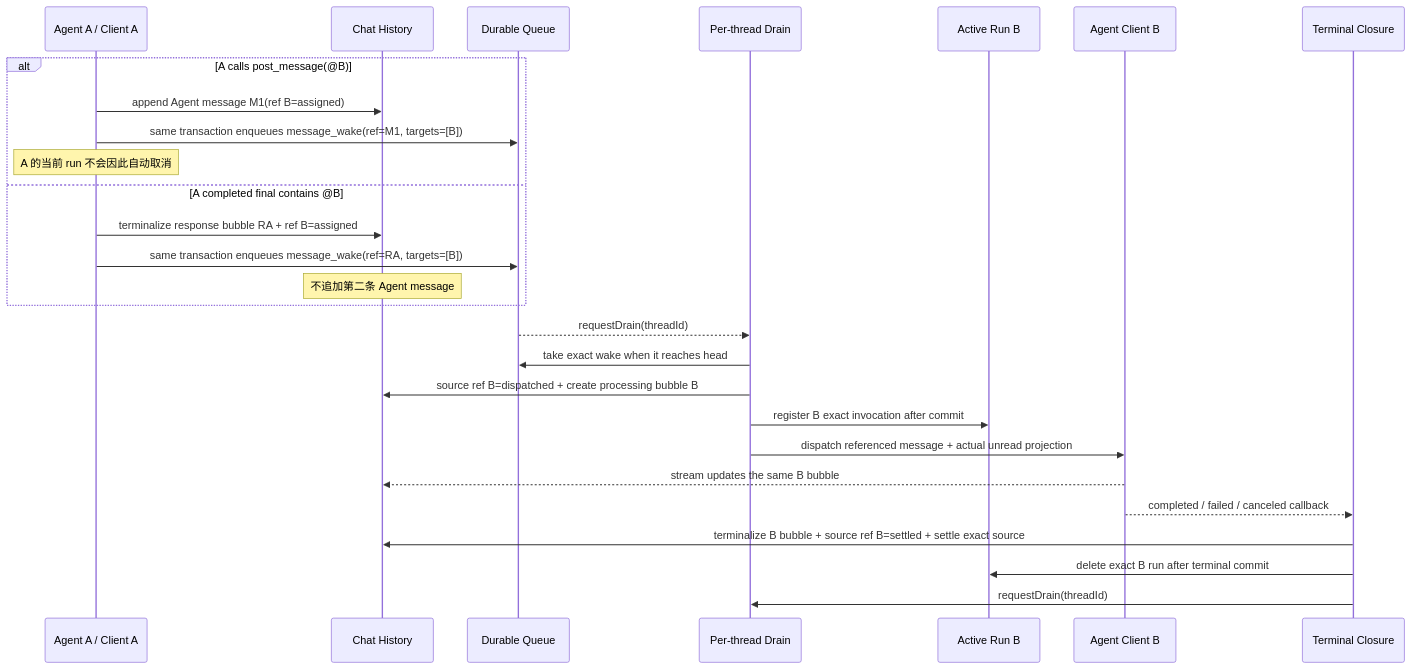
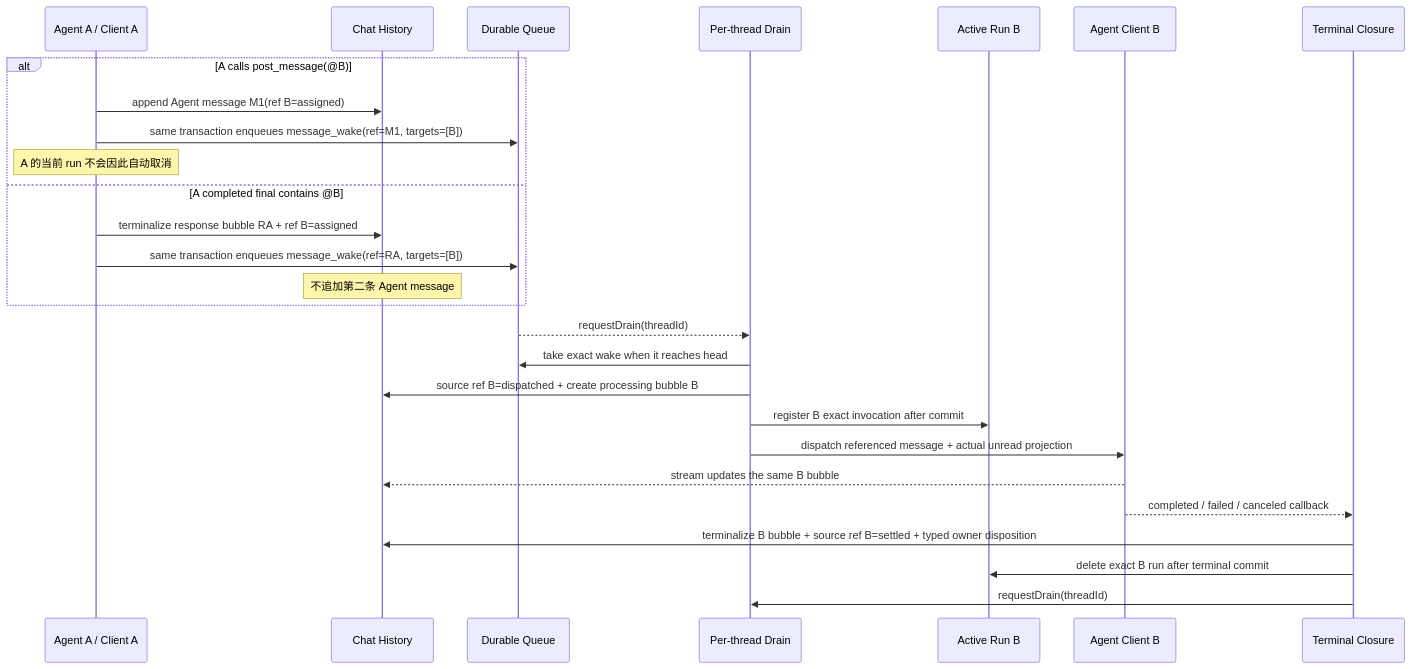
One commit to zts212653/clowder-ai changed the second of 8 diagrams in docs/architecture/message-delivery-handling-handoff-audit.md. Above: the diagram before and after it, drawn with Mermaid. The commit also changed other lines of this file, not shown here.

````diff
--- a/docs/architecture/message-delivery-handling-handoff-audit.md
+++ b/docs/architecture/message-delivery-handling-handoff-audit.md
@@ -124,30 +125,30 @@
 ```mermaid
 sequenceDiagram
     participant A as Agent A / Client A
     participant H as Chat History
     participant Q as Durable Queue
     participant D as Per-thread Drain
     participant R as Active Run B
     participant B as Agent Client B
     participant T as Terminal Closure
 
     alt A calls post_message(@B)
         A->>H: append Agent message M1(ref B=assigned)
         A->>Q: same transaction enqueues message_wake(ref=M1, targets=[B])
         Note over A: A 的当前 run 不会因此自动取消
     else A completed final contains @B
         A->>H: terminalize response bubble RA + ref B=assigned
         A->>Q: same transaction enqueues message_wake(ref=RA, targets=[B])
         Note over H: 不追加第二条 Agent message
     end
     Q-->>D: requestDrain(threadId)
     D->>Q: take exact wake when it reaches head
     D->>H: source ref B=dispatched + create processing bubble B
     D->>R: register B exact invocation after commit
     D->>B: dispatch referenced message + actual unread projection
     B-->>H: stream updates the same B bubble
     B-->>T: completed / failed / canceled callback
-    T->>H: terminalize B bubble + source ref B=settled + settle exact source
+    T->>H: terminalize B bubble + source ref B=settled + typed owner disposition
     T->>R: delete exact B run after terminal commit
     T->>D: requestDrain(threadId)
 ```
````
